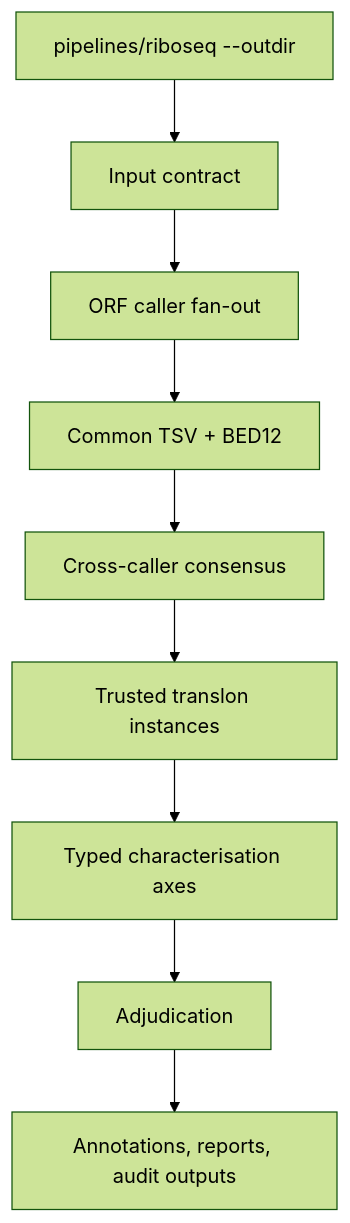
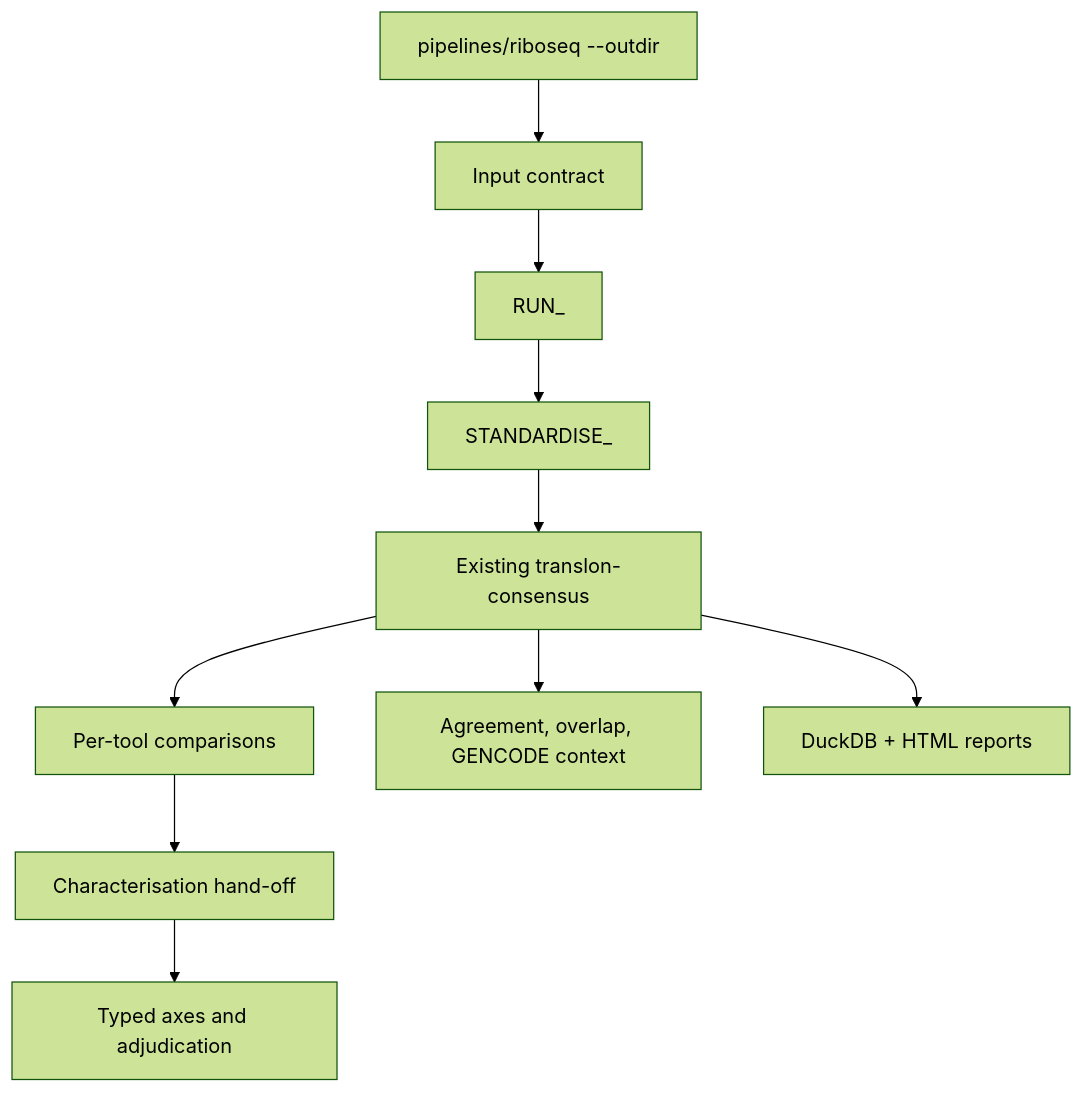
Before and after one commit to Ensembl/ensembl-genes-nf: the diagram in pipelines/translon-analysis/README.md, drawn with Mermaid (forest theme). The commit also changed other lines of this file and 8 other files, not shown here.

Commit message:
Use caller run and standardise stages with consensus bridge

````diff
--- a/pipelines/translon-analysis/README.md
+++ b/pipelines/translon-analysis/README.md
@@ -9,11 +11,12 @@
 ```mermaid
 flowchart TD
     A["pipelines/riboseq --outdir"] --> B["Input contract"]
-    B --> C["ORF caller fan-out"]
-    C --> D["Common TSV + BED12"]
-    D --> E["Cross-caller consensus"]
-    E --> F["Trusted translon instances"]
-    F --> G["Typed characterisation axes"]
-    G --> H["Adjudication"]
-    H --> I["Annotations, reports, audit outputs"]
+    B --> C["RUN_<TOOL>"]
+    C --> D["STANDARDISE_<TOOL>"]
+    D --> E["Existing translon-consensus"]
+    E --> F["Per-tool comparisons"]
+    E --> G["Agreement, overlap, GENCODE context"]
+    E --> H["DuckDB + HTML reports"]
+    F --> I["Characterisation hand-off"]
+    I --> J["Typed axes and adjudication"]
 ```
````
